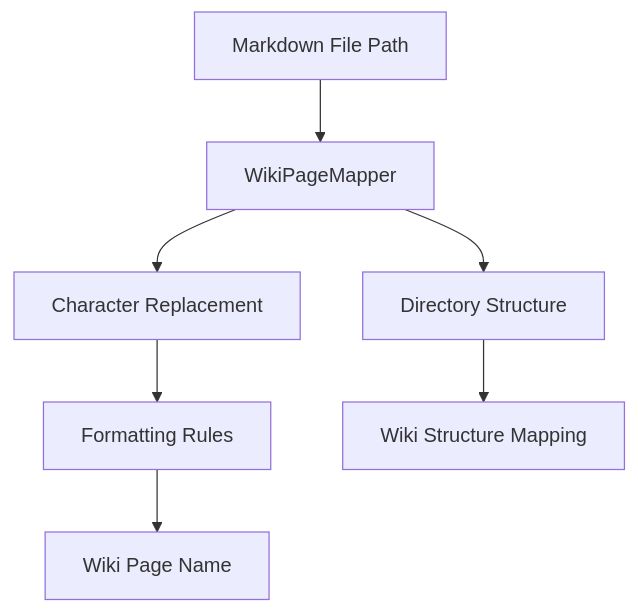
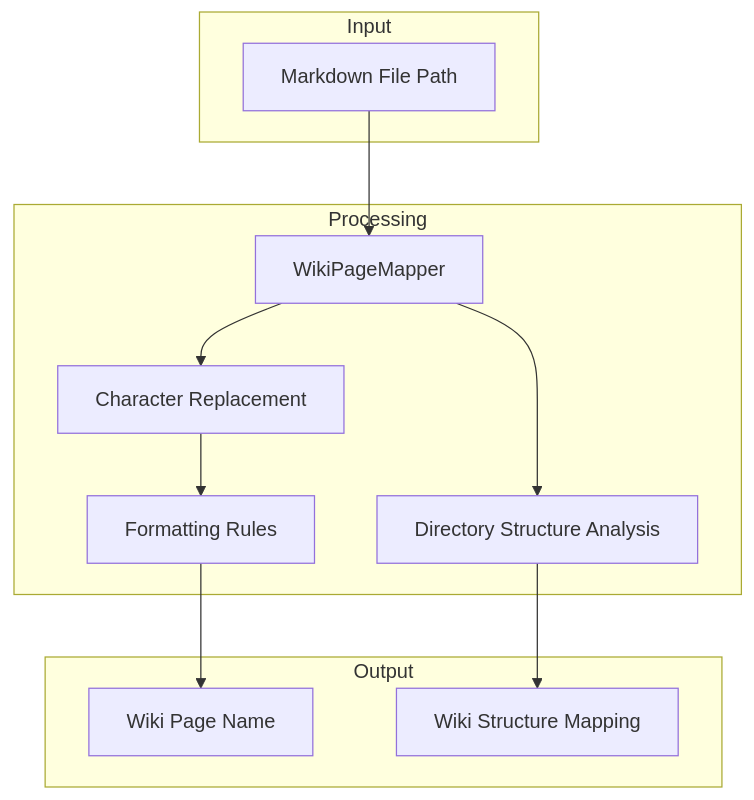
The second of 2 diagrams in Docs/SystemDesign/WikiServices/wiki_page_mapper.md (Shakour-Data/AutoProjectManagement), drawn with Mermaid before and after one commit.

Commit message:
Auto-commit: 1 file(s) updated

````diff
--- a/Docs/SystemDesign/WikiServices/wiki_page_mapper.md
+++ b/Docs/SystemDesign/WikiServices/wiki_page_mapper.md
@@ -56,9 +56,25 @@
 ```mermaid
 flowchart TD
-    A[Markdown File Path] --> B[WikiPageMapper]
-    B --> C[Character Replacement]
-    C --> D[Formatting Rules]
-    D --> E[Wiki Page Name]
-    B --> F[Directory Structure]
-    F --> G[Wiki Structure Mapping]
+    subgraph Input
+        A[Markdown File Path]
+    end
+    
+    subgraph Processing
+        B[WikiPageMapper]
+        C[Character Replacement]
+        D[Formatting Rules]
+        F[Directory Structure Analysis]
+    end
+    
+    subgraph Output
+        E[Wiki Page Name]
+        G[Wiki Structure Mapping]
+    end
+    
+    A --> B
+    B --> C
+    C --> D
+    D --> E
+    B --> F
+    F --> G
 ```
````
